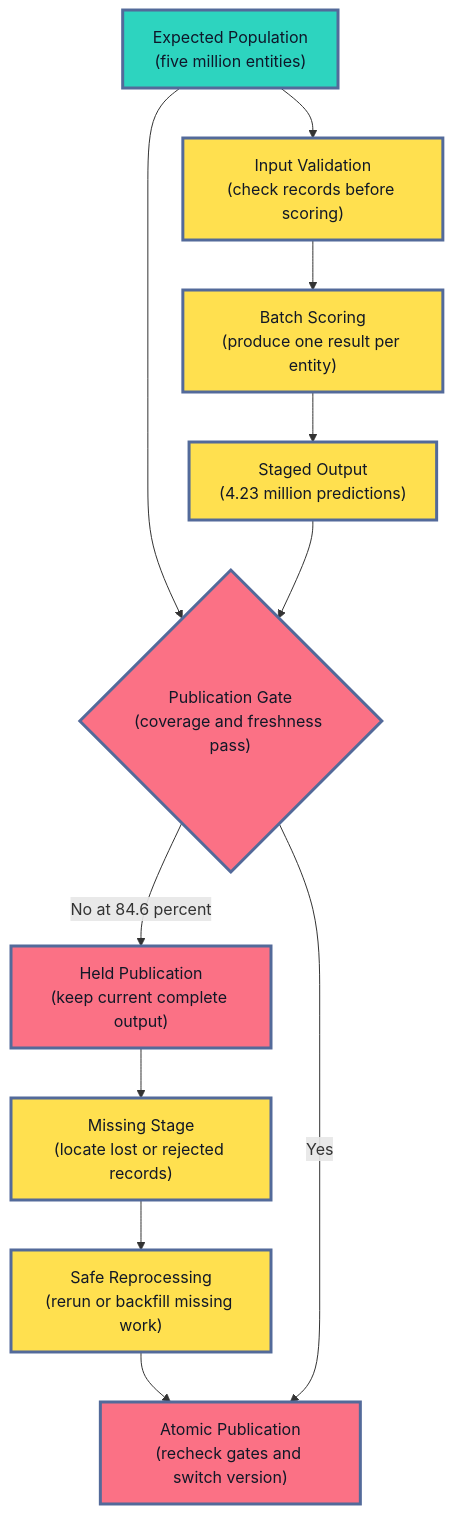
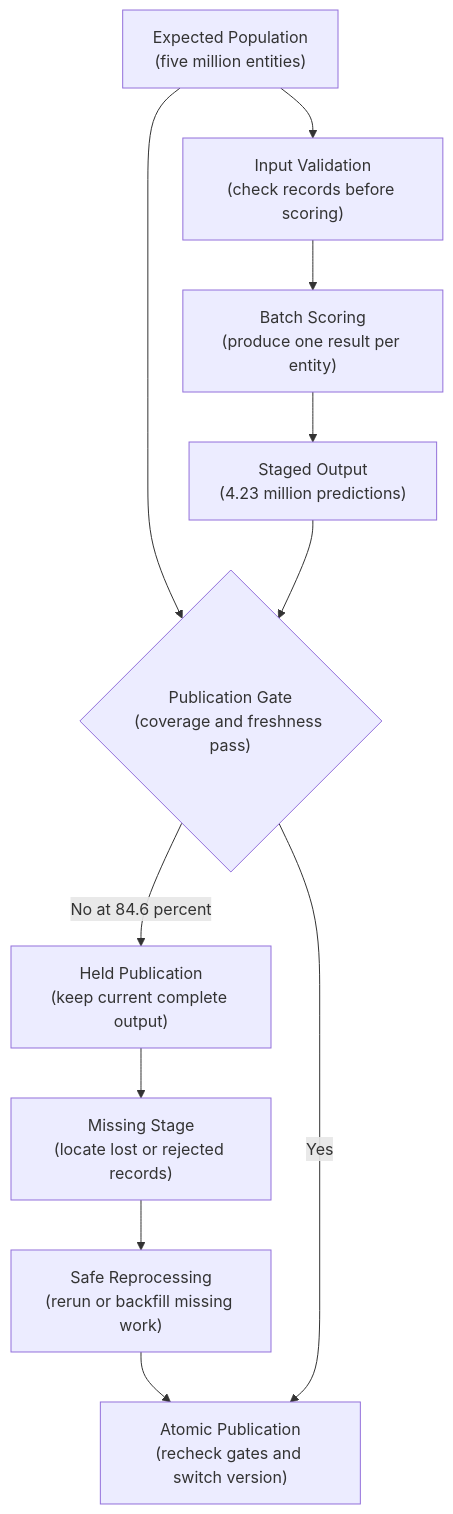
Before and after one commit to senlinyy/dev-roadmaps: the seventh of 11 diagrams in roadmaps/mlops/modules/monitoring-and-feedback/system-observability/01-monitoring-latency-errors-resources.md, drawn with Mermaid. The commit also changed other lines of this file and 152 other files, not shown here.

Commit message:
feat: mlops and diagrams updated

````diff
--- a/roadmaps/mlops/modules/monitoring-and-feedback/system-observability/01-monitoring-latency-errors-resources.md
+++ b/roadmaps/mlops/modules/monitoring-and-feedback/system-observability/01-monitoring-latency-errors-resources.md
@@ -543,20 +498,17 @@
 ```mermaid
 flowchart TD
     A["Expected Population<br/>(five million entities)"] --> B["Input Validation<br/>(check records before scoring)"]
     B --> C["Batch Scoring<br/>(produce one result per entity)"]
     C --> D["Staged Output<br/>(4.23 million predictions)"]
     A --> E{"Publication Gate<br/>(coverage and freshness pass)"}
     D --> E
     E -->|"No at 84.6 percent"| F["Held Publication<br/>(keep current complete output)"]
     F --> G["Missing Stage<br/>(locate lost or rejected records)"]
     G --> H["Safe Reprocessing<br/>(rerun or backfill missing work)"]
     H --> I["Atomic Publication<br/>(recheck gates and switch version)"]
     E -->|"Yes"| I
 
-    classDef source fill:#2DD4BF,stroke:#536A9A,stroke-width:3px,color:#0F172A
-    classDef stage fill:#FFE04F,stroke:#536A9A,stroke-width:3px,color:#111827
-    classDef action fill:#FB7185,stroke:#536A9A,stroke-width:3px,color:#111827
     class A source
     class B,C,D,G,H stage
     class E,F,I action
 ```
````
